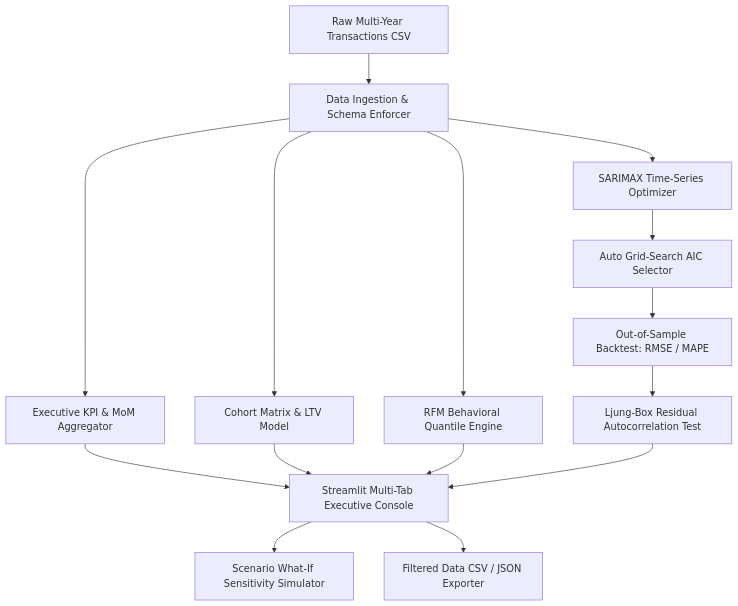
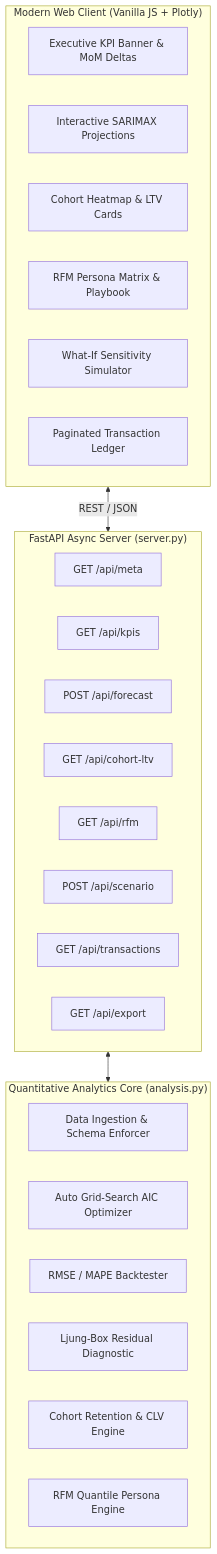
One commit to jimmyjdejesus-cmyk/enterprise-ai-portfolio changed the diagram in project-1-sales-dashboard/README.md. Above: the diagram before and after it, drawn with Mermaid. The commit also changed other lines of this file and 7 other files, not shown here.

Commit message:
feat(project-1): replace Streamlit with FastAPI backend, SARIMAX REST endpoints, and calm web UI

````diff
--- a/project-1-sales-dashboard/README.md
+++ b/project-1-sales-dashboard/README.md
@@ -39,20 +41,34 @@
 ```mermaid
 flowchart TD
-    A[Raw Multi-Year Transactions CSV] --> B[Data Ingestion & Schema Enforcer]
-    B --> C[Executive KPI & MoM Aggregator]
-    B --> D[Cohort Matrix & LTV Model]
-    B --> E[RFM Behavioral Quantile Engine]
-    B --> F[SARIMAX Time-Series Optimizer]
-    
-    F --> F1[Auto Grid-Search AIC Selector]
-    F1 --> F2[Out-of-Sample Backtest: RMSE / MAPE]
-    F2 --> F3[Ljung-Box Residual Autocorrelation Test]
-    
-    C --> G[Streamlit Multi-Tab Executive Console]
-    D --> G
-    E --> G
-    F3 --> G
-    
-    G --> H[Scenario What-If Sensitivity Simulator]
-    G --> I[Filtered Data CSV / JSON Exporter]
+    subgraph Frontend ["Modern Web Client (Vanilla JS + Plotly)"]
+        KPIs[Executive KPI Banner & MoM Deltas]
+        Forecast[Interactive SARIMAX Projections]
+        Cohort[Cohort Heatmap & LTV Cards]
+        RFM[RFM Persona Matrix & Playbook]
+        Sim[What-If Sensitivity Simulator]
+        Ledger[Paginated Transaction Ledger]
+    end
+
+    subgraph Backend ["FastAPI Async Server (server.py)"]
+        API_Meta["GET /api/meta"]
+        API_KPI["GET /api/kpis"]
+        API_FC["POST /api/forecast"]
+        API_LTV["GET /api/cohort-ltv"]
+        API_RFM["GET /api/rfm"]
+        API_Sim["POST /api/scenario"]
+        API_Tx["GET /api/transactions"]
+        API_Export["GET /api/export"]
+    end
+
+    subgraph Engine ["Quantitative Analytics Core (analysis.py)"]
+        Ingest[Data Ingestion & Schema Enforcer]
+        SARIMAX[Auto Grid-Search AIC Optimizer]
+        Backtest[RMSE / MAPE Backtester]
+        Ljung[Ljung-Box Residual Diagnostic]
+        Matrix[Cohort Retention & CLV Engine]
+        Clustering[RFM Quantile Persona Engine]
+    end
+
+    Frontend <-->|REST / JSON| Backend
+    Backend <--> Engine
 ```
````
